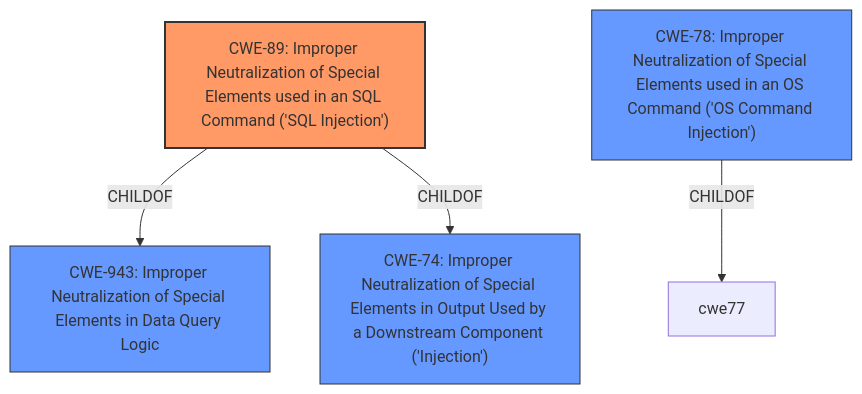
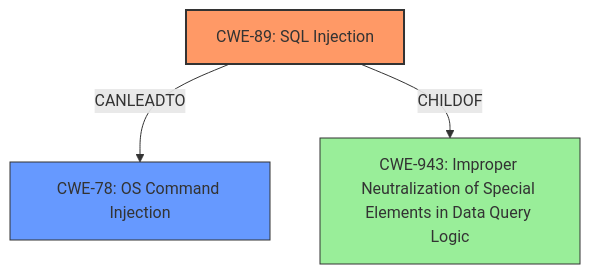
One commit to CyberSecAI/cwe_agent_assign_reports_2023 changed the diagram in CVE-2021-42258/CVE-2021-42258_analysis.md. Above: the diagram before and after it, drawn with Mermaid. The commit also changed other lines of this file and 902 other files, not shown here.

````diff
--- a/CVE-2021-42258/CVE-2021-42258_analysis.md
+++ b/CVE-2021-42258/CVE-2021-42258_analysis.md
@@ -17,17 +19,16 @@
 ```mermaid
 graph TD
-    cwe89["CWE-89: Improper Neutralization of Special Elements used in an SQL Command ('SQL Injection')"]
-    cwe78["CWE-78: Improper Neutralization of Special Elements used in an OS Command ('OS Command Injection')"]
+    cwe89["CWE-89: SQL Injection"]
+    cwe78["CWE-78: OS Command Injection"]
     cwe943["CWE-943: Improper Neutralization of Special Elements in Data Query Logic"]
-    cwe74["CWE-74: Improper Neutralization of Special Elements in Output Used by a Downstream Component ('Injection')"]
 
+    cwe89 -->|CANLEADTO| cwe78
     cwe89 -->|CHILDOF| cwe943
-    cwe89 -->|CHILDOF| cwe74
-    cwe78 -->|CHILDOF| cwe77
-    
+
     classDef primary fill:#f96,stroke:#333,stroke-width:2px
     classDef secondary fill:#69f,stroke:#333
     classDef tertiary fill:#9e9,stroke:#333
     class cwe89 primary
-    class cwe78,cwe943,cwe74 secondary
+    class cwe78 secondary
+    class cwe943 tertiary
 ```
````
